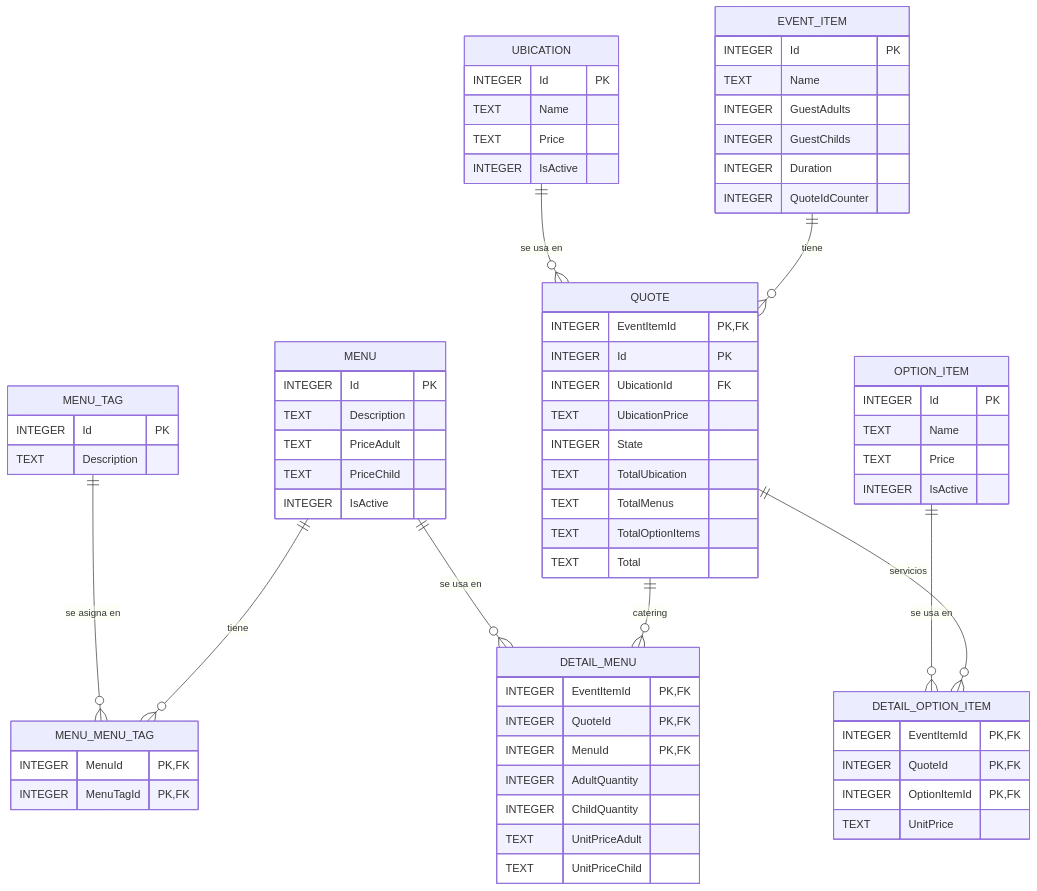
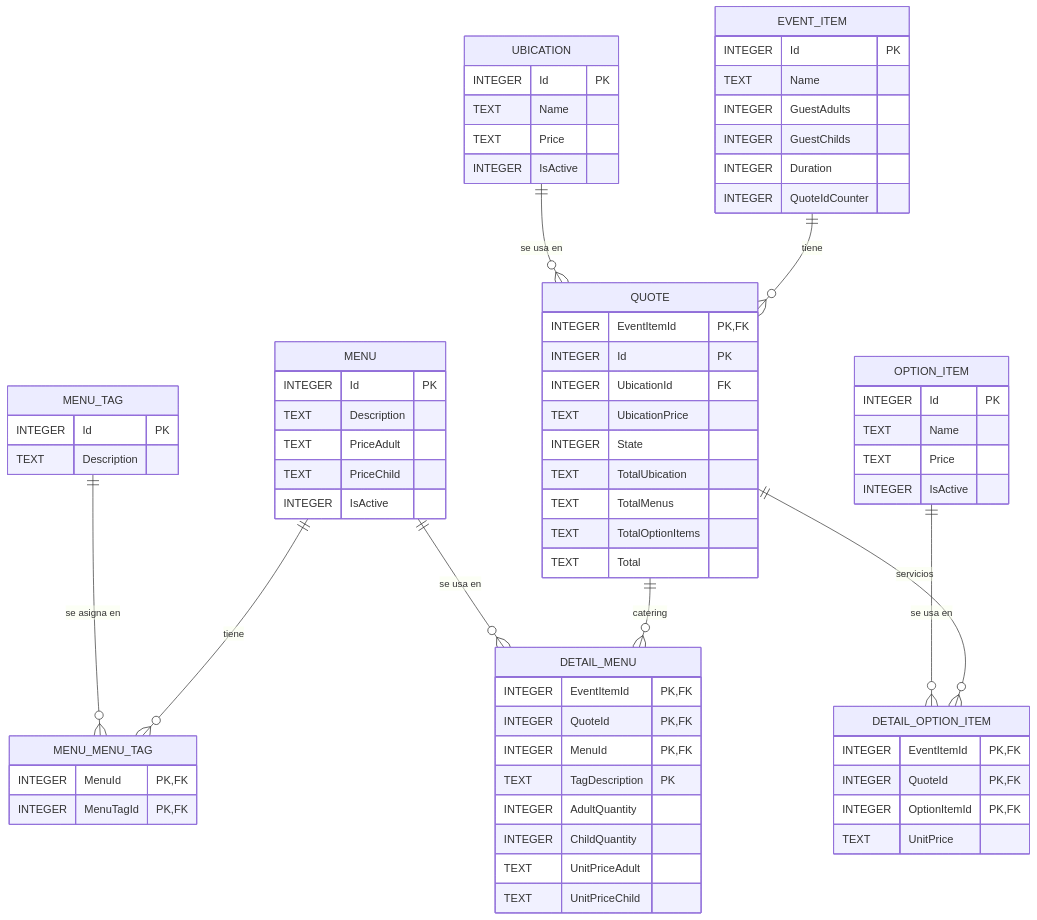
Before and after one commit to ArdanzaLucas/ProyectoGestionEventos: the third of 6 diagrams in Docs/UML.md, drawn with Mermaid. The commit also changed other lines of this file and 19 other files, not shown here.

````diff
--- a/Docs/UML.md
+++ b/Docs/UML.md
@@ -246,73 +255,74 @@
 ```mermaid
 erDiagram
   UBICATION {
     INTEGER Id PK
     TEXT Name
     TEXT Price
     INTEGER IsActive
   }
   MENU {
     INTEGER Id PK
     TEXT Description
     TEXT PriceAdult
     TEXT PriceChild
     INTEGER IsActive
   }
   MENU_TAG {
     INTEGER Id PK
     TEXT Description
   }
   MENU_MENU_TAG {
     INTEGER MenuId PK, FK
     INTEGER MenuTagId PK, FK
   }
   OPTION_ITEM {
     INTEGER Id PK
     TEXT Name
     TEXT Price
     INTEGER IsActive
   }
   EVENT_ITEM {
     INTEGER Id PK
     TEXT Name
     INTEGER GuestAdults
     INTEGER GuestChilds
     INTEGER Duration
     INTEGER QuoteIdCounter
   }
   QUOTE {
     INTEGER EventItemId PK, FK
     INTEGER Id PK
     INTEGER UbicationId FK
     TEXT UbicationPrice
     INTEGER State
     TEXT TotalUbication
     TEXT TotalMenus
     TEXT TotalOptionItems
     TEXT Total
   }
   DETAIL_MENU {
     INTEGER EventItemId PK, FK
     INTEGER QuoteId PK, FK
     INTEGER MenuId PK, FK
+    TEXT TagDescription PK
     INTEGER AdultQuantity
     INTEGER ChildQuantity
     TEXT UnitPriceAdult
     TEXT UnitPriceChild
   }
   DETAIL_OPTION_ITEM {
     INTEGER EventItemId PK, FK
     INTEGER QuoteId PK, FK
     INTEGER OptionItemId PK, FK
     TEXT UnitPrice
   }
 
   EVENT_ITEM ||--o{ QUOTE : "tiene"
   UBICATION ||--o{ QUOTE : "se usa en"
   QUOTE ||--o{ DETAIL_MENU : "catering"
   MENU ||--o{ DETAIL_MENU : "se usa en"
   QUOTE ||--o{ DETAIL_OPTION_ITEM : "servicios"
   OPTION_ITEM ||--o{ DETAIL_OPTION_ITEM : "se usa en"
   MENU ||--o{ MENU_MENU_TAG : "tiene"
   MENU_TAG ||--o{ MENU_MENU_TAG : "se asigna en"
 ```
````
